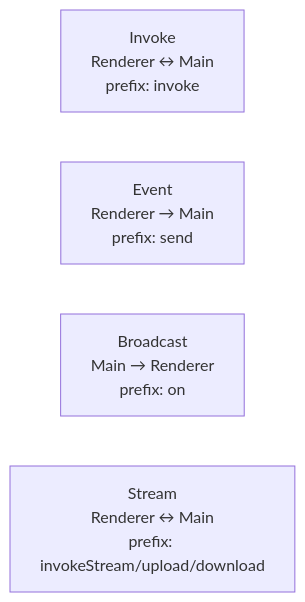
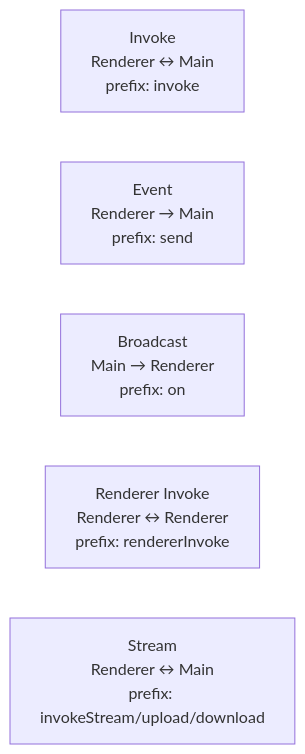
One commit to Michael--/electron-ipc changed the second of 4 diagrams in docs-site/guide/overview.md. Above: the diagram before and after it, drawn with Mermaid. The commit also changed other lines of this file and 2 other files, not shown here.

First line of the commit message:
docs: add comprehensive renderer-to-renderer documentation

````diff
--- a/docs-site/guide/overview.md
+++ b/docs-site/guide/overview.md
@@ -70,7 +70,8 @@
 ```mermaid
 flowchart LR
     I["Invoke<br/>Renderer ↔ Main<br/>prefix: invoke"]
     E["Event<br/>Renderer → Main<br/>prefix: send"]
     B["Broadcast<br/>Main → Renderer<br/>prefix: on"]
+    R["Renderer Invoke<br/>Renderer ↔ Renderer<br/>prefix: rendererInvoke"]
     S["Stream<br/>Renderer ↔ Main<br/>prefix: invokeStream/upload/download"]
 ```
````
